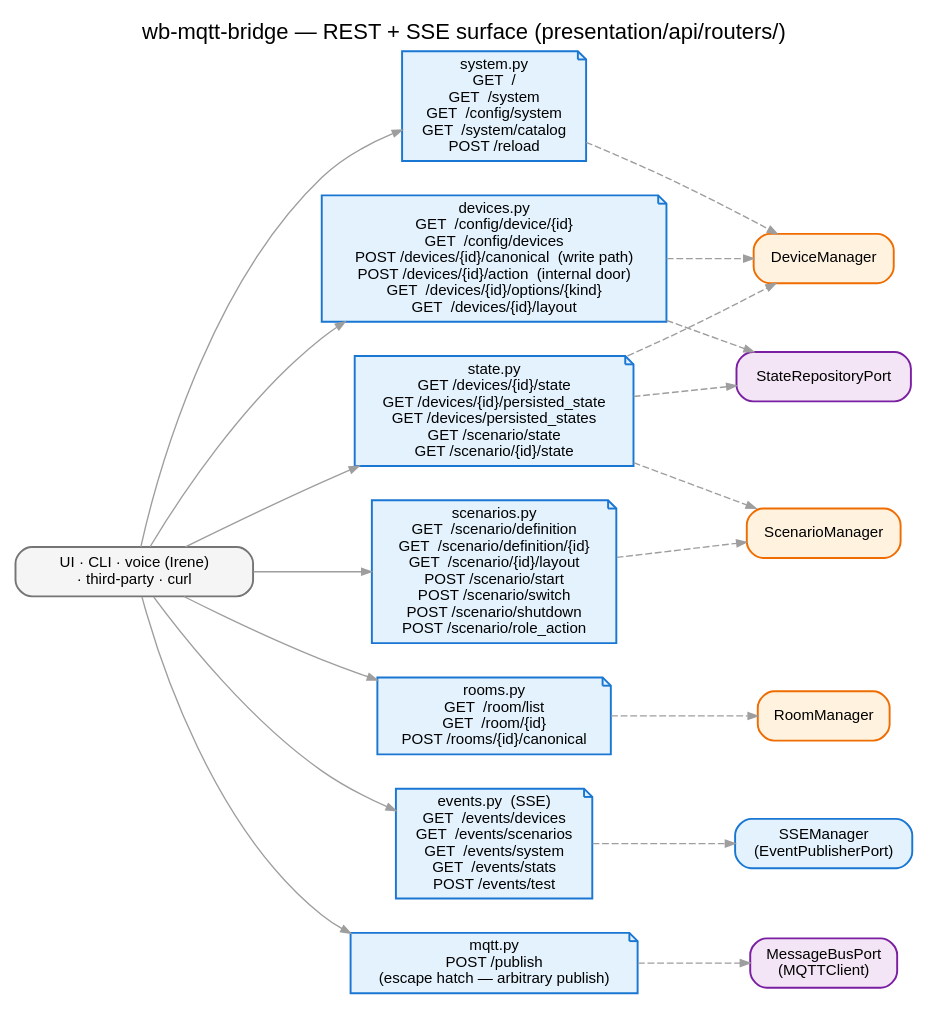
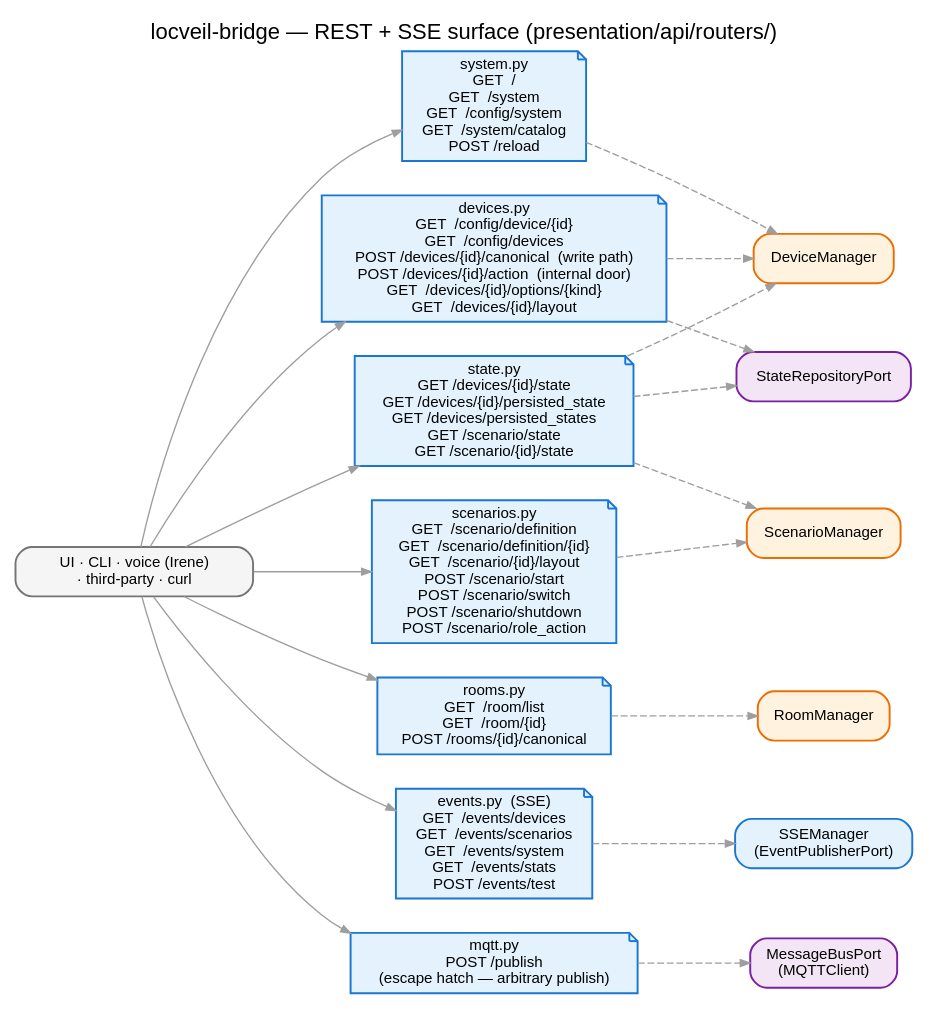
One commit to droman42/wb-mqtt-bridge changed the diagram in docs/images/rest-surface.dot. Above: the diagram before and after it, drawn with Graphviz. The commit also changed 34 other files, not shown here.

```diff
--- a/docs/images/rest-surface.dot
+++ b/docs/images/rest-surface.dot
@@ -1,71 +1,71 @@
-// wb-mqtt-bridge — REST + SSE surface organised by router. Render:
+// locveil-bridge — REST + SSE surface organised by router. Render:
 //   dot -Tpng docs/images/rest-surface.dot -o docs/images/rest-surface.png
 // Palette: see hexagon.dot header.
 digraph rest_surface {
   rankdir=LR;
   bgcolor="white";
   splines=spline;
   nodesep=0.35; ranksep=0.7;
   fontname="Helvetica"; labelloc=t; fontsize=16;
-  label="wb-mqtt-bridge — REST + SSE surface (presentation/api/routers/)";
+  label="locveil-bridge — REST + SSE surface (presentation/api/routers/)";
 
   node [fontname="Helvetica", fontsize=11, shape=box, style="filled,rounded", penwidth=1.4];
   edge [fontname="Helvetica", fontsize=9, color="#9e9e9e", arrowsize=0.7];
 
   // --- consumer side ---
   client [label="UI · CLI · voice (Irene)\n· third-party · curl",
           fillcolor="#f5f5f5", color="#757575", shape=box, width=2.4];
 
   // --- the routers ---
   system [shape=note, fillcolor="#e3f2fd", color="#1976d2",
           label="system.py\nGET  /\nGET  /system\nGET  /config/system\nGET  /system/catalog\nPOST /reload"];
 
   devices [shape=note, fillcolor="#e3f2fd", color="#1976d2",
            label="devices.py\nGET  /config/device/{id}\nGET  /config/devices\nPOST /devices/{id}/canonical  (write path)\nPOST /devices/{id}/action  (internal door)\nGET  /devices/{id}/options/{kind}\nGET  /devices/{id}/layout"];
 
   scenarios [shape=note, fillcolor="#e3f2fd", color="#1976d2",
              label="scenarios.py\nGET  /scenario/definition\nGET  /scenario/definition/{id}\nGET  /scenario/{id}/layout\nPOST /scenario/start\nPOST /scenario/switch\nPOST /scenario/shutdown\nPOST /scenario/role_action"];
 
   rooms [shape=note, fillcolor="#e3f2fd", color="#1976d2",
          label="rooms.py\nGET  /room/list\nGET  /room/{id}\nPOST /rooms/{id}/canonical"];
 
   state [shape=note, fillcolor="#e3f2fd", color="#1976d2",
          label="state.py\nGET /devices/{id}/state\nGET /devices/{id}/persisted_state\nGET /devices/persisted_states\nGET /scenario/state\nGET /scenario/{id}/state"];
 
   events [shape=note, fillcolor="#e3f2fd", color="#1976d2",
           label="events.py  (SSE)\nGET  /events/devices\nGET  /events/scenarios\nGET  /events/system\nGET  /events/stats\nPOST /events/test"];
 
   mqtt [shape=note, fillcolor="#e3f2fd", color="#1976d2",
         label="mqtt.py\nPOST /publish\n(escape hatch — arbitrary publish)"];
 
   // --- where each router lands behind the port ---
   devmgr   [label="DeviceManager", fillcolor="#fff3e0", color="#ef6c00"];
   scnmgr   [label="ScenarioManager", fillcolor="#fff3e0", color="#ef6c00"];
   roommgr  [label="RoomManager", fillcolor="#fff3e0", color="#ef6c00"];
   store    [label="StateRepositoryPort", fillcolor="#f3e5f5", color="#7b1fa2"];
   ssemgr   [label="SSEManager\n(EventPublisherPort)", fillcolor="#e3f2fd", color="#1976d2"];
   mqttcli  [label="MessageBusPort\n(MQTTClient)", fillcolor="#f3e5f5", color="#7b1fa2"];
 
   // edges: client uses routers; routers call into managers / store / SSE
   client -> system;
   client -> devices;
   client -> scenarios;
   client -> rooms;
   client -> state;
   client -> events;
   client -> mqtt;
 
   system   -> devmgr     [style=dashed];
   devices  -> devmgr     [style=dashed];
   devices  -> store      [style=dashed];
   scenarios -> scnmgr    [style=dashed];
   rooms    -> roommgr    [style=dashed];
   state    -> devmgr     [style=dashed];
   state    -> scnmgr     [style=dashed];
   state    -> store      [style=dashed];
   events   -> ssemgr     [style=dashed];
   mqtt     -> mqttcli    [style=dashed];
 
   {rank=same; system; devices; scenarios; rooms; state; events; mqtt}
   {rank=sink; devmgr; scnmgr; roommgr; store; ssemgr; mqttcli}
 }
```
